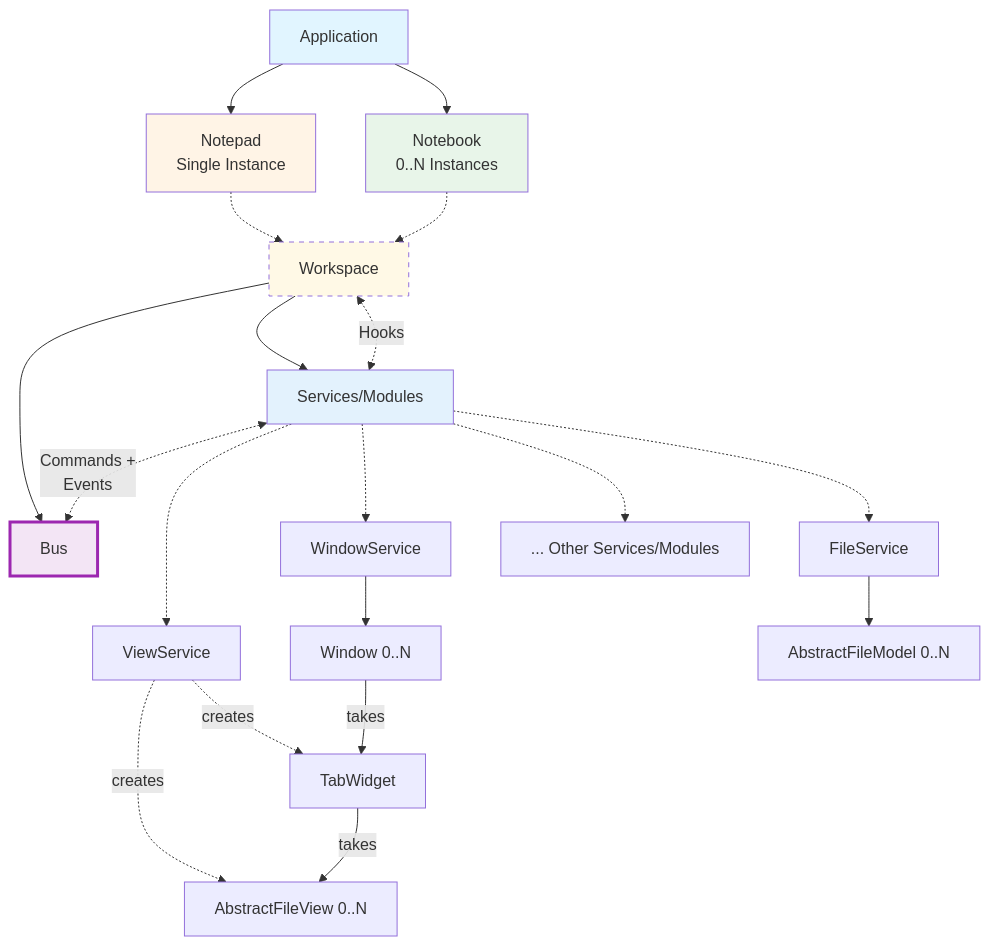
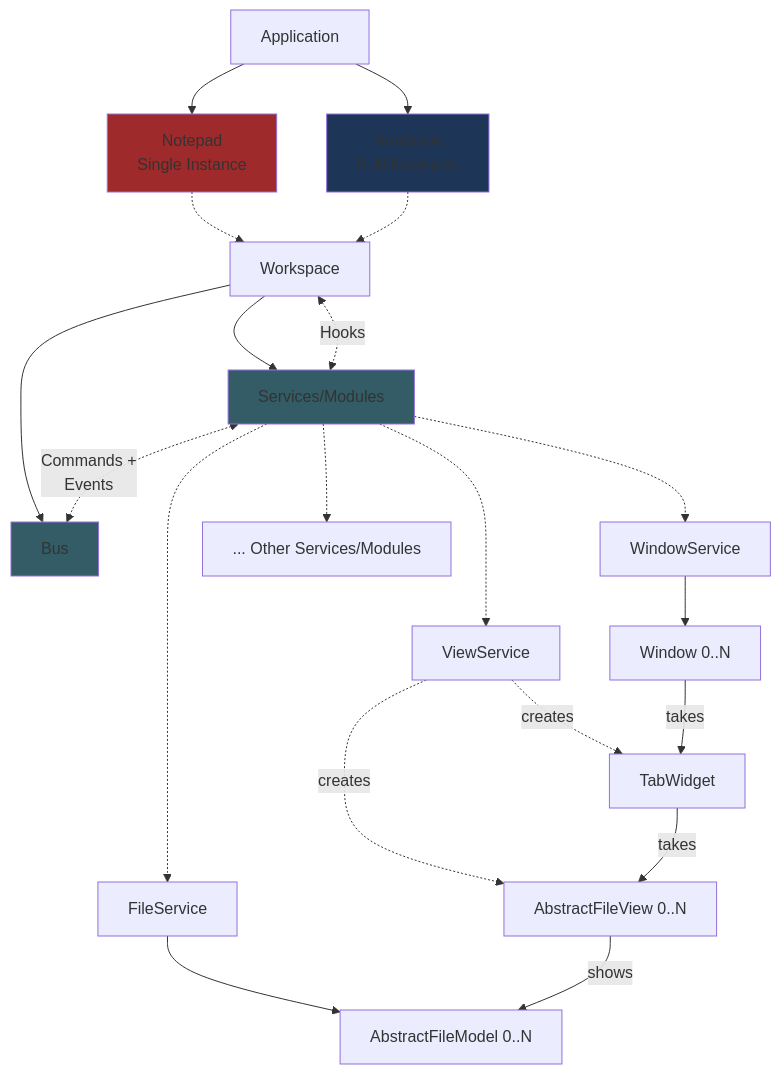
One commit to fairybow/Fernanda changed the first of 4 diagrams in Fernanda/docs/Architecture.md. Above: the diagram before and after it, drawn with Mermaid.

````diff
--- a/Fernanda/docs/Architecture.md
+++ b/Fernanda/docs/Architecture.md
@@ -244,36 +244,36 @@
 ```mermaid
 flowchart TD
     App[Application]
     App --> Notepad[Notepad<br/>Single Instance]
     App --> Notebooks[Notebook<br/>0..N Instances]
 
     Notepad -.-> Workspace[Workspace]
     Notebooks -.-> Workspace
 
     Workspace --> Bus[Bus]
     Workspace --> Services[Services/Modules]
 
     Workspace <-.-> |Hooks| Services
     Services <-.->|Commands +<br/>Events| Bus
 
     Services -.-> WindowService[WindowService]
     Services -.-> ViewService[ViewService]
     Services -.-> FileService[FileService]
     Services -.-> MiscServices[... Other Services/Modules]
 
     WindowService --> Windows[Window 0..N]
     ViewService -.->|creates| TabWidget[TabWidget]
     Windows -->|takes| TabWidget
 
     ViewService -.->|creates| AbstractFileViews[AbstractFileView 0..N]
     TabWidget -->|takes| AbstractFileViews
 
     FileService --> AbstractFileModels[AbstractFileModel 0..N]
 
-    style App fill:#e1f5ff
-    style Workspace fill:#fff9e6,stroke-dasharray: 5 5
-    style Bus fill:#f3e5f5,stroke:#9c27b0,stroke-width:3px
-    style Services fill:#e3f2fd
-    style Notepad fill:#fff4e6
-    style Notebooks fill:#e8f5e9
+    AbstractFileViews -->|shows| AbstractFileModels
+
+    style Bus fill:#335c67
+    style Services fill:#335c67
+    style Notepad fill:#9e2a2b
+    style Notebooks fill:#1d3557
 ```
````
